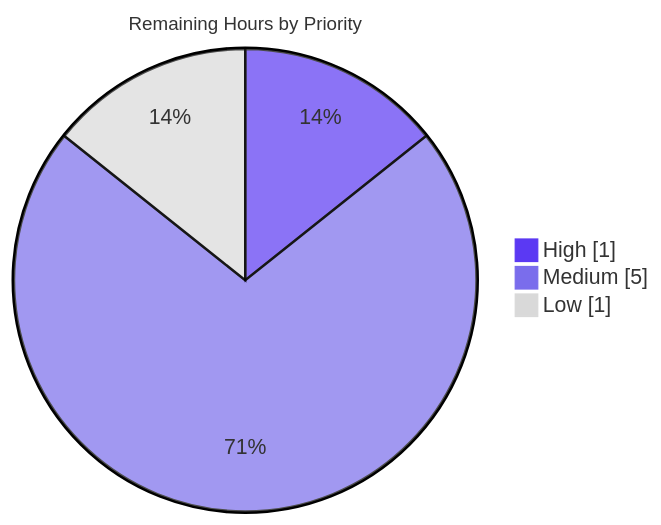
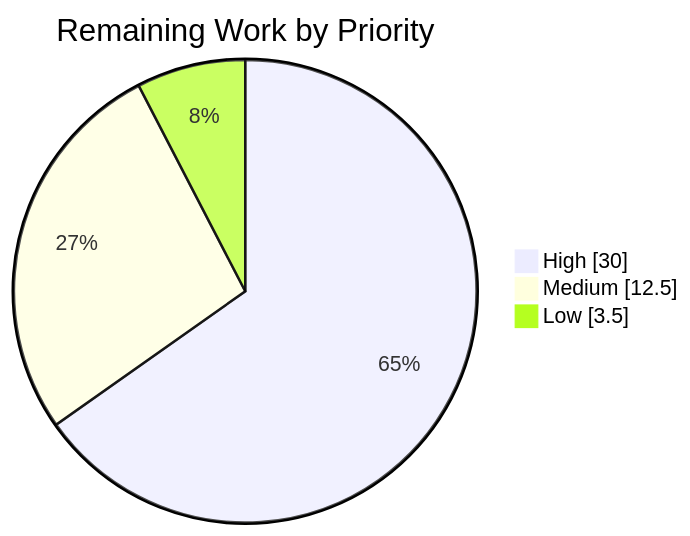
The third of 4 diagrams in blitzy/documentation/Project Guide.md (blitzy-public-samples/blitzy-civicrm-core), drawn with Mermaid before and after one commit. The commit also changed other lines of this file, not shown here.

Commit message:
Adding Blitzy Project Guide: Project Status and Human Tasks Remaining

````diff
--- a/blitzy/documentation/Project Guide.md
+++ b/blitzy/documentation/Project Guide.md
@@ -218,7 +231,6 @@
 ```mermaid
-%%{init: {'theme':'base','themeVariables':{'pie1':'#5B39F3','pie2':'#7A6DEC','pie3':'#D9D9D9','pieSectionTextColor':'#333333','pieTitleTextSize':'15px'}}}%%
-pie showData title Remaining Hours by Priority
-    "High" : 1
-    "Medium" : 5
-    "Low" : 1
+pie showData title Remaining Work by Priority
+    "High" : 30
+    "Medium" : 12.5
+    "Low" : 3.5
 ```
````
